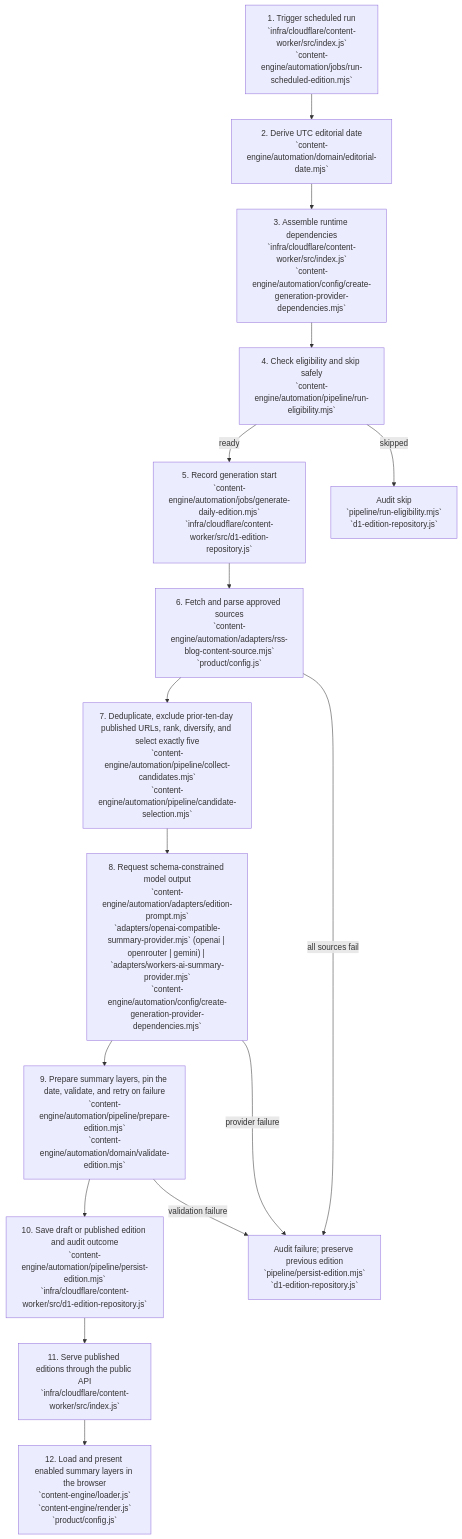
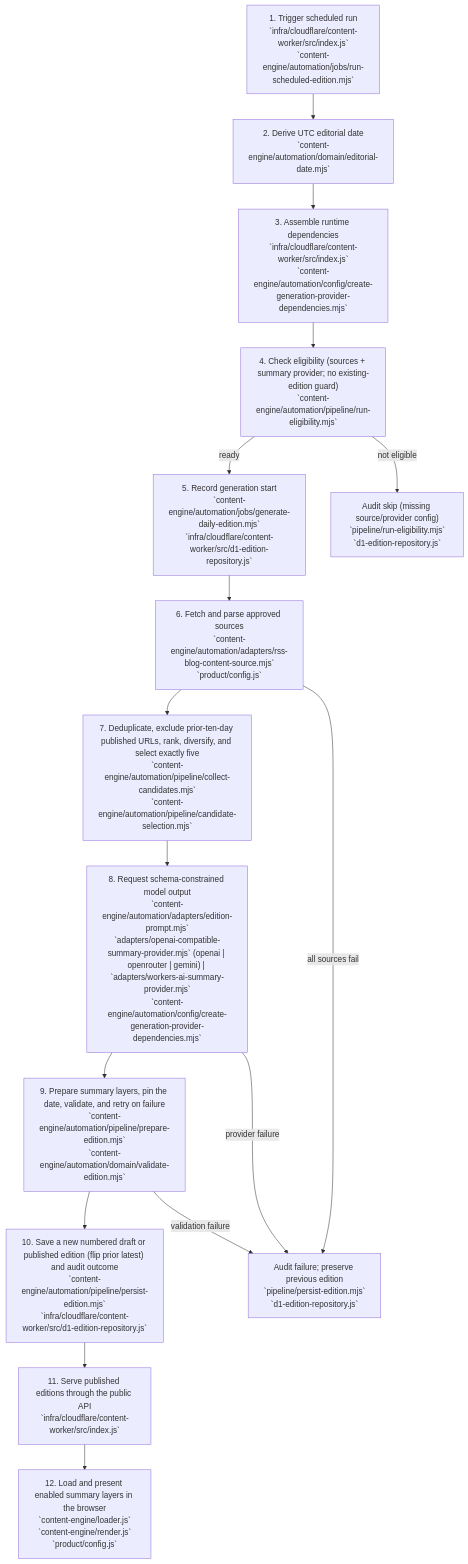
The second of 2 diagrams in docs/DAILY_CONTENT_AUTOMATION.md (RadheCode/AINuggets), drawn with Mermaid before and after one commit. The commit also changed other lines of this file and 27 other files, not shown here.

````diff
--- a/docs/DAILY_CONTENT_AUTOMATION.md
+++ b/docs/DAILY_CONTENT_AUTOMATION.md
@@ -154,22 +154,22 @@
 ```mermaid
 flowchart TD
     S1["1. Trigger scheduled run\n`infra/cloudflare/content-worker/src/index.js`\n`content-engine/automation/jobs/run-scheduled-edition.mjs`"]
     S2["2. Derive UTC editorial date\n`content-engine/automation/domain/editorial-date.mjs`"]
     S3["3. Assemble runtime dependencies\n`infra/cloudflare/content-worker/src/index.js`\n`content-engine/automation/config/create-generation-provider-dependencies.mjs`"]
-    S4["4. Check eligibility and skip safely\n`content-engine/automation/pipeline/run-eligibility.mjs`"]
+    S4["4. Check eligibility (sources + summary provider; no existing-edition guard)\n`content-engine/automation/pipeline/run-eligibility.mjs`"]
     S5["5. Record generation start\n`content-engine/automation/jobs/generate-daily-edition.mjs`\n`infra/cloudflare/content-worker/src/d1-edition-repository.js`"]
     S6["6. Fetch and parse approved sources\n`content-engine/automation/adapters/rss-blog-content-source.mjs`\n`product/config.js`"]
     S7["7. Deduplicate, exclude prior-ten-day published URLs, rank, diversify, and select exactly five\n`content-engine/automation/pipeline/collect-candidates.mjs`\n`content-engine/automation/pipeline/candidate-selection.mjs`"]
     S8["8. Request schema-constrained model output\n`content-engine/automation/adapters/edition-prompt.mjs`\n`adapters/openai-compatible-summary-provider.mjs` (openai | openrouter | gemini) | `adapters/workers-ai-summary-provider.mjs`\n`content-engine/automation/config/create-generation-provider-dependencies.mjs`"]
     S9["9. Prepare summary layers, pin the date, validate, and retry on failure\n`content-engine/automation/pipeline/prepare-edition.mjs`\n`content-engine/automation/domain/validate-edition.mjs`"]
-    S10["10. Save draft or published edition and audit outcome\n`content-engine/automation/pipeline/persist-edition.mjs`\n`infra/cloudflare/content-worker/src/d1-edition-repository.js`"]
+    S10["10. Save a new numbered draft or published edition (flip prior latest) and audit outcome\n`content-engine/automation/pipeline/persist-edition.mjs`\n`infra/cloudflare/content-worker/src/d1-edition-repository.js`"]
     S11["11. Serve published editions through the public API\n`infra/cloudflare/content-worker/src/index.js`"]
     S12["12. Load and present enabled summary layers in the browser\n`content-engine/loader.js`\n`content-engine/render.js`\n`product/config.js`"]
 
     S1 --> S2 --> S3 --> S4
     S4 -->|ready| S5 --> S6 --> S7 --> S8 --> S9 --> S10 --> S11 --> S12
-    S4 -->|skipped| X["Audit skip\n`pipeline/run-eligibility.mjs`\n`d1-edition-repository.js`"]
+    S4 -->|not eligible| X["Audit skip (missing source/provider config)\n`pipeline/run-eligibility.mjs`\n`d1-edition-repository.js`"]
     S6 -->|all sources fail| F["Audit failure; preserve previous edition\n`pipeline/persist-edition.mjs`\n`d1-edition-repository.js`"]
     S8 -->|provider failure| F
     S9 -->|validation failure| F
 ```
````
